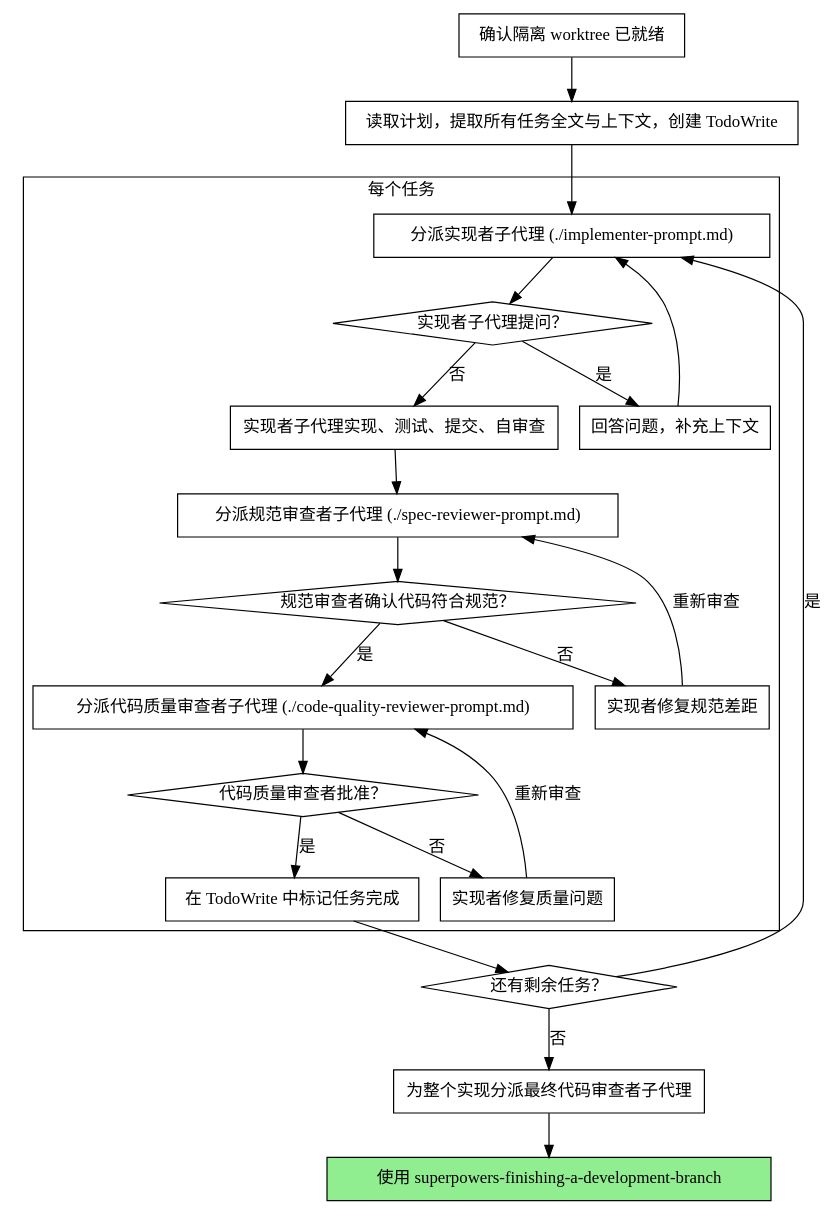
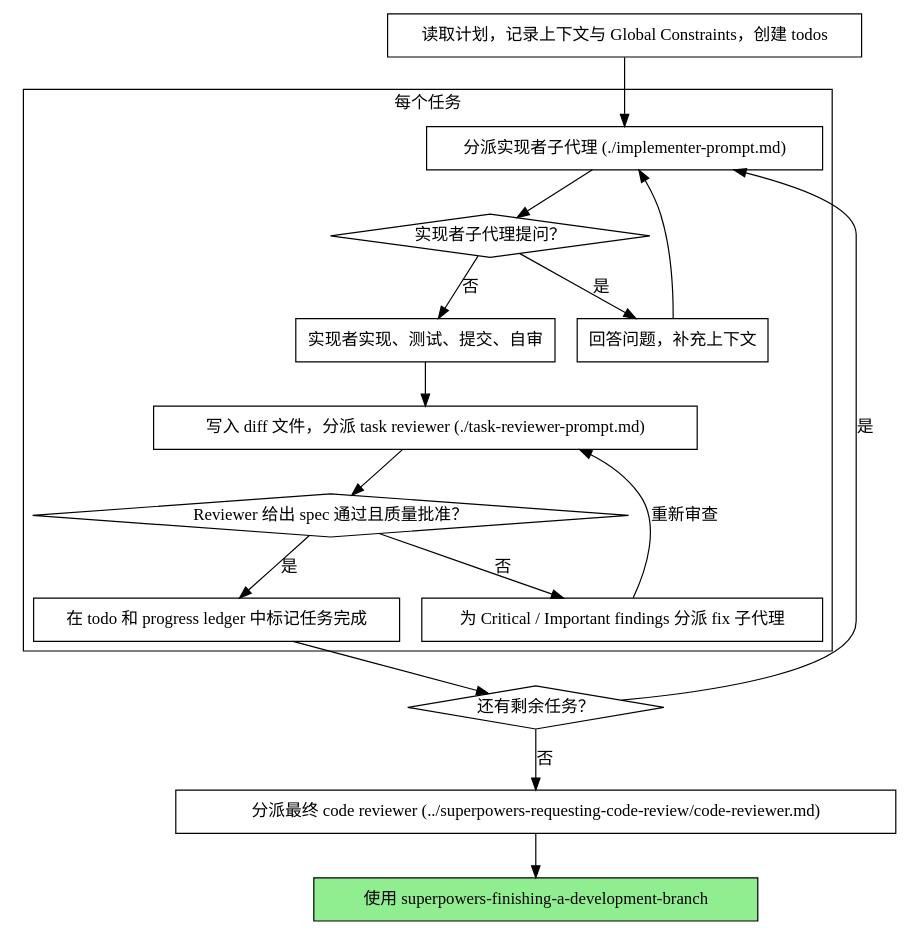
Before and after one commit to klaaay/spec-toolkit: the second of 2 diagrams in apps/spec-kit-app/public/commands-packages/superpowers/skills/superpowers-subagent-driven-development/SKILL.md, drawn with Graphviz. The commit also changed other lines of this file and 33 other files, not shown here.

````diff
--- a/apps/spec-kit-app/public/commands-packages/superpowers/skills/superpowers-subagent-driven-development/SKILL.md
+++ b/apps/spec-kit-app/public/commands-packages/superpowers/skills/superpowers-subagent-driven-development/SKILL.md
@@ -44,46 +48,37 @@
 ```dot
 digraph process {
     rankdir=TB;
 
     subgraph cluster_per_task {
         label="每个任务";
         "分派实现者子代理 (./implementer-prompt.md)" [shape=box];
         "实现者子代理提问？" [shape=diamond];
         "回答问题，补充上下文" [shape=box];
-        "实现者子代理实现、测试、提交、自审查" [shape=box];
-        "分派规范审查者子代理 (./spec-reviewer-prompt.md)" [shape=box];
-        "规范审查者确认代码符合规范？" [shape=diamond];
-        "实现者修复规范差距" [shape=box];
-        "分派代码质量审查者子代理 (./code-quality-reviewer-prompt.md)" [shape=box];
-        "代码质量审查者批准？" [shape=diamond];
-        "实现者修复质量问题" [shape=box];
-        "在 TodoWrite 中标记任务完成" [shape=box];
+        "实现者实现、测试、提交、自审" [shape=box];
+        "写入 diff 文件，分派 task reviewer (./task-reviewer-prompt.md)" [shape=box];
+        "Reviewer 给出 spec 通过且质量批准？" [shape=diamond];
+        "为 Critical / Important findings 分派 fix 子代理" [shape=box];
+        "在 todo 和 progress ledger 中标记任务完成" [shape=box];
     }
 
-    "确认隔离 worktree 已就绪" [shape=box];
-    "读取计划，提取所有任务全文与上下文，创建 TodoWrite" [shape=box];
+    "读取计划，记录上下文与 Global Constraints，创建 todos" [shape=box];
     "还有剩余任务？" [shape=diamond];
-    "为整个实现分派最终代码审查者子代理" [shape=box];
+    "分派最终 code reviewer (../superpowers-requesting-code-review/code-reviewer.md)" [shape=box];
     "使用 superpowers-finishing-a-development-branch" [shape=box style=filled fillcolor=lightgreen];
 
-    "确认隔离 worktree 已就绪" -> "读取计划，提取所有任务全文与上下文，创建 TodoWrite";
-    "读取计划，提取所有任务全文与上下文，创建 TodoWrite" -> "分派实现者子代理 (./implementer-prompt.md)";
+    "读取计划，记录上下文与 Global Constraints，创建 todos" -> "分派实现者子代理 (./implementer-prompt.md)";
     "分派实现者子代理 (./implementer-prompt.md)" -> "实现者子代理提问？";
     "实现者子代理提问？" -> "回答问题，补充上下文" [label="是"];
     "回答问题，补充上下文" -> "分派实现者子代理 (./implementer-prompt.md)";
-    "实现者子代理提问？" -> "实现者子代理实现、测试、提交、自审查" [label="否"];
-    "实现者子代理实现、测试、提交、自审查" -> "分派规范审查者子代理 (./spec-reviewer-prompt.md)";
-    "分派规范审查者子代理 (./spec-reviewer-prompt.md)" -> "规范审查者确认代码符合规范？";
-    "规范审查者确认代码符合规范？" -> "实现者修复规范差距" [label="否"];
-    "实现者修复规范差距" -> "分派规范审查者子代理 (./spec-reviewer-prompt.md)" [label="重新审查"];
-    "规范审查者确认代码符合规范？" -> "分派代码质量审查者子代理 (./code-quality-reviewer-prompt.md)" [label="是"];
-    "分派代码质量审查者子代理 (./code-quality-reviewer-prompt.md)" -> "代码质量审查者批准？";
-    "代码质量审查者批准？" -> "实现者修复质量问题" [label="否"];
-    "实现者修复质量问题" -> "分派代码质量审查者子代理 (./code-quality-reviewer-prompt.md)" [label="重新审查"];
-    "代码质量审查者批准？" -> "在 TodoWrite 中标记任务完成" [label="是"];
-    "在 TodoWrite 中标记任务完成" -> "还有剩余任务？";
+    "实现者子代理提问？" -> "实现者实现、测试、提交、自审" [label="否"];
+    "实现者实现、测试、提交、自审" -> "写入 diff 文件，分派 task reviewer (./task-reviewer-prompt.md)";
+    "写入 diff 文件，分派 task reviewer (./task-reviewer-prompt.md)" -> "Reviewer 给出 spec 通过且质量批准？";
+    "Reviewer 给出 spec 通过且质量批准？" -> "为 Critical / Important findings 分派 fix 子代理" [label="否"];
+    "为 Critical / Important findings 分派 fix 子代理" -> "写入 diff 文件，分派 task reviewer (./task-reviewer-prompt.md)" [label="重新审查"];
+    "Reviewer 给出 spec 通过且质量批准？" -> "在 todo 和 progress ledger 中标记任务完成" [label="是"];
+    "在 todo 和 progress ledger 中标记任务完成" -> "还有剩余任务？";
     "还有剩余任务？" -> "分派实现者子代理 (./implementer-prompt.md)" [label="是"];
-    "还有剩余任务？" -> "为整个实现分派最终代码审查者子代理" [label="否"];
-    "为整个实现分派最终代码审查者子代理" -> "使用 superpowers-finishing-a-development-branch";
+    "还有剩余任务？" -> "分派最终 code reviewer (../superpowers-requesting-code-review/code-reviewer.md)" [label="否"];
+    "分派最终 code reviewer (../superpowers-requesting-code-review/code-reviewer.md)" -> "使用 superpowers-finishing-a-development-branch";
 }
 ```
````
